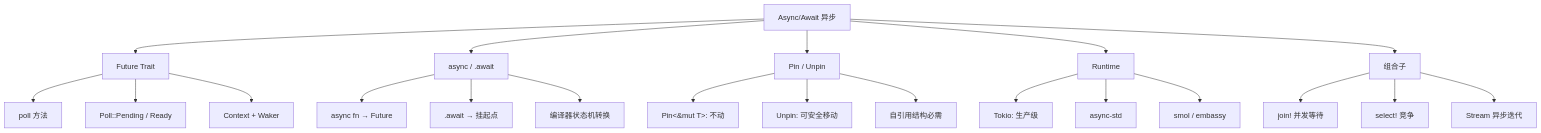
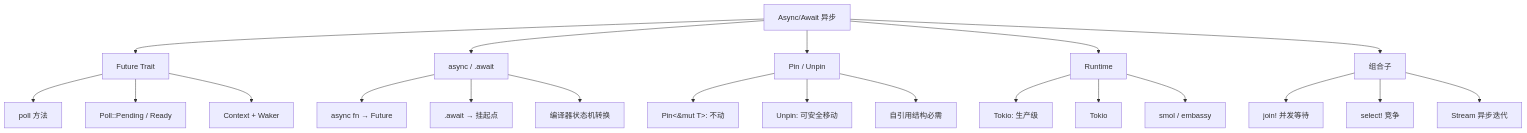
One commit to martin-ly/rust-lang changed the third of 9 diagrams in concept/03_advanced/02_async.md. Above: the diagram before and after it, drawn with Mermaid. The commit also changed other lines of this file and 53 other files, not shown here.

````diff
--- a/concept/03_advanced/02_async.md
+++ b/concept/03_advanced/02_async.md
@@ -677,28 +677,28 @@
 ```mermaid
 graph TD
     A[Async/Await 异步] --> B[Future Trait]
     A --> C[async / .await]
     A --> D[Pin / Unpin]
     A --> E[Runtime]
     A --> F[组合子]
 
     B --> B1[poll 方法]
     B --> B2[Poll::Pending / Ready]
     B --> B3[Context + Waker]
 
     C --> C1[async fn → Future]
     C --> C2[.await → 挂起点]
     C --> C3[编译器状态机转换]
 
     D --> D1[Pin<&mut T>: 不动]
     D --> D2[Unpin: 可安全移动]
     D --> D3[自引用结构必需]
 
     E --> E1[Tokio: 生产级]
-    E --> E2[async-std]
+    E --> E2[Tokio]
     E --> E3[smol / embassy]
 
     F --> F1[join! 并发等待]
     F --> F2[select! 竞争]
     F --> F3[Stream 异步迭代]
 ```
````
